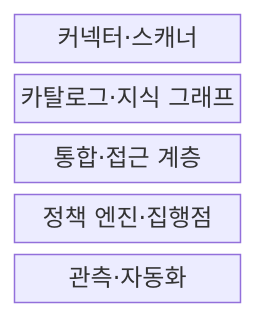
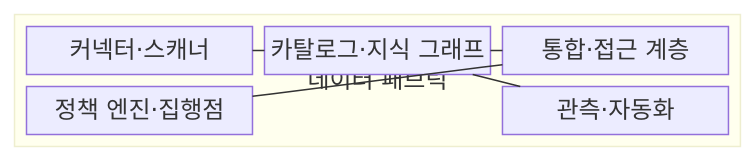
The first of 2 diagrams in src/content/docs/notes/03-software/132_data_fabric.md (agnusdei1207/knowledge-base), drawn with Mermaid before and after one commit. The commit also changed other lines of this file and 20 other files, not shown here.

````diff
--- a/src/content/docs/notes/03-software/132_data_fabric.md
+++ b/src/content/docs/notes/03-software/132_data_fabric.md
@@ -55,9 +56,17 @@
 ```mermaid
-block-beta
+block
     columns 1
-    A["커넥터·스캐너"]
-    B["카탈로그·지식 그래프"]
-    C["통합·접근 계층"]
-    D["정책 엔진·집행점"]
-    E["관측·자동화"]
+    block:FABRIC["데이터 패브릭"]
+        columns 3
+        A["커넥터·스캐너"]
+        B["카탈로그·지식 그래프"]
+        C["통합·접근 계층"]
+        D["정책 엔진·집행점"]
+        space
+        E["관측·자동화"]
+    end
+    A --- B
+    B --- C
+    C --- D
+    B --- E
 ```
````
